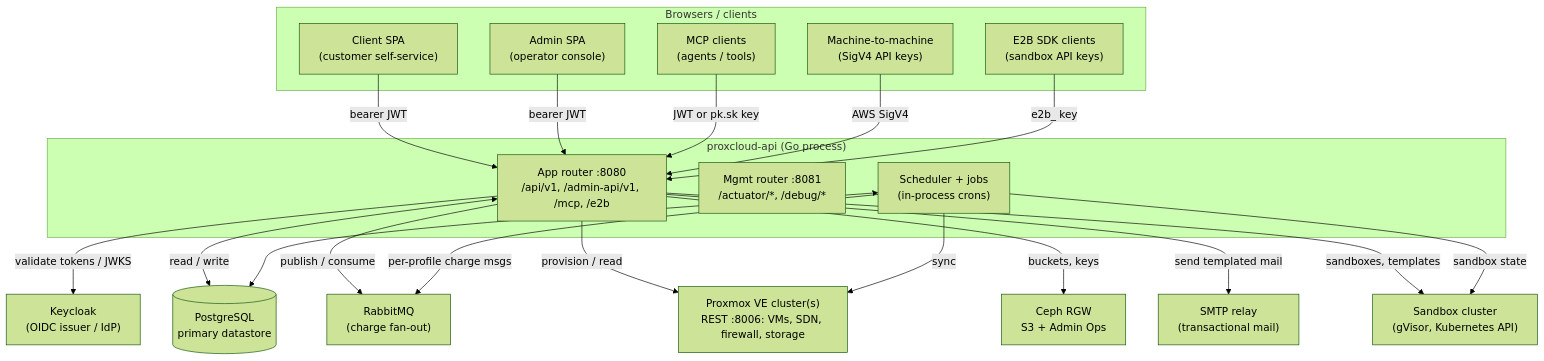
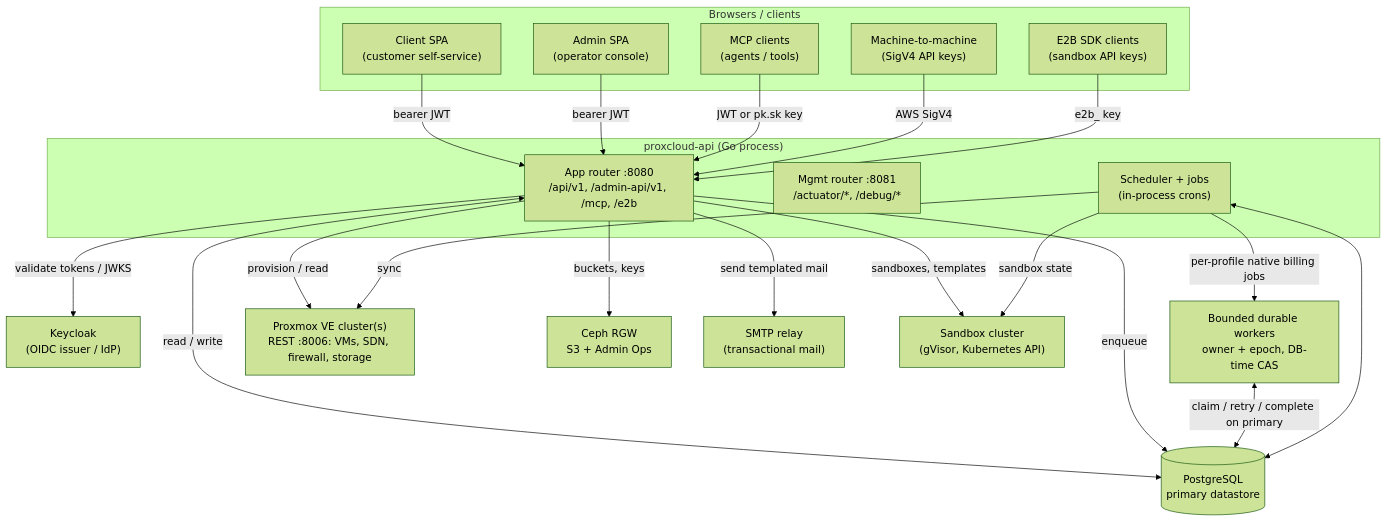
One commit to mutex-solutions/proxcloud changed the first of 7 diagrams in docs/architecture.md. Above: the diagram before and after it, drawn with Mermaid (forest theme). The commit also changed other lines of this file and 29 other files, not shown here.

Commit message:
feat(deploy): default durable jobs to PostgreSQL without a broker

````diff
--- a/docs/architecture.md
+++ b/docs/architecture.md
@@ -26,42 +26,43 @@
 ```mermaid
 flowchart TB
     subgraph Browsers["Browsers / clients"]
         UI["Client SPA<br/>(customer self-service)"]
         ADMIN["Admin SPA<br/>(operator console)"]
         MCPC["MCP clients<br/>(agents / tools)"]
         M2M["Machine-to-machine<br/>(SigV4 API keys)"]
         E2BC["E2B SDK clients<br/>(sandbox API keys)"]
     end
 
     subgraph ProxCloud["proxcloud-api (Go process)"]
         APP["App router :8080<br/>/api/v1, /admin-api/v1, /mcp, /e2b"]
         MGMT["Mgmt router :8081<br/>/actuator/*, /debug/*"]
         JOBS["Scheduler + jobs<br/>(in-process crons)"]
     end
 
     KC["Keycloak<br/>(OIDC issuer / IdP)"]
     PG[("PostgreSQL<br/>primary datastore")]
-    RABBIT["RabbitMQ<br/>(charge fan-out)"]
+    WORK["Bounded durable workers<br/>owner + epoch, DB-time CAS"]
     PVE["Proxmox VE cluster(s)<br/>REST :8006: VMs, SDN, firewall, storage"]
     RGW["Ceph RGW<br/>S3 + Admin Ops"]
     SMTP["SMTP relay<br/>(transactional mail)"]
     SBX["Sandbox cluster<br/>(gVisor, Kubernetes API)"]
 
     UI -->|bearer JWT| APP
     ADMIN -->|bearer JWT| APP
     MCPC -->|JWT or pk.sk key| APP
     M2M -->|AWS SigV4| APP
     E2BC -->|e2b_ key| APP
 
     APP -->|validate tokens / JWKS| KC
     APP <-->|read / write| PG
-    APP -->|publish / consume| RABBIT
+    APP -->|enqueue| PG
+    WORK <-->|claim / retry / complete on primary| PG
     APP -->|"provision / read"| PVE
     APP -->|"buckets, keys"| RGW
     JOBS <--> PG
-    JOBS -->|per-profile charge msgs| RABBIT
+    JOBS -->|per-profile native billing jobs| WORK
     JOBS -->|"sync"| PVE
     APP -->|send templated mail| SMTP
     APP -->|"sandboxes, templates"| SBX
     JOBS -->|"sandbox state"| SBX
 ```
````
